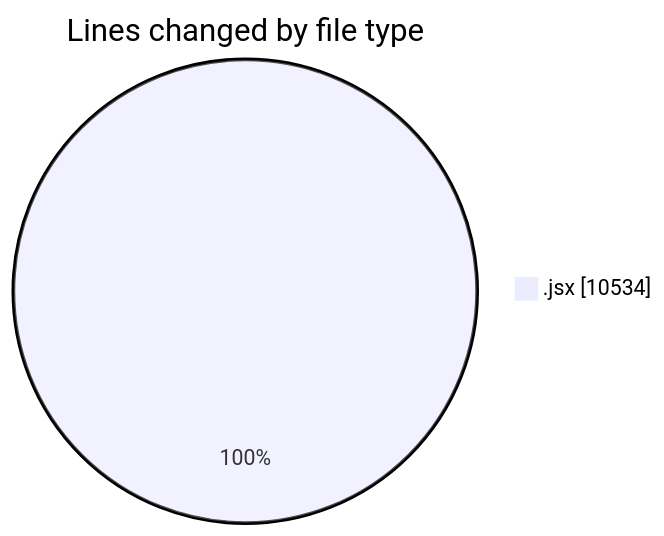
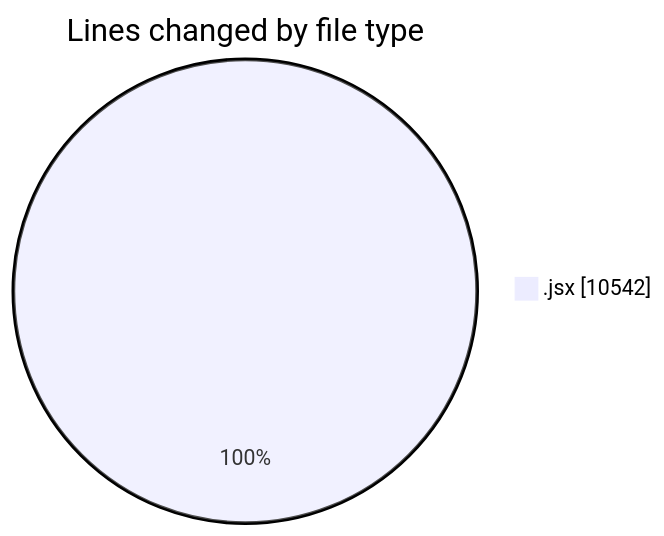
One commit to nxtqubesakshisongat/code-tracking changed the first of 2 diagrams in 2025-05-26/nxtqube_webapp/README.md. Above: the diagram before and after it, drawn with Mermaid. The commit also changed other lines of this file and 1 other file, not shown here.

````diff
--- a/2025-05-26/nxtqube_webapp/README.md
+++ b/2025-05-26/nxtqube_webapp/README.md
@@ -22,5 +22,5 @@
 ```mermaid
 pie showData
 title Lines changed by file type
-".jsx" : 10534
+".jsx" : 10542
 ```
````
